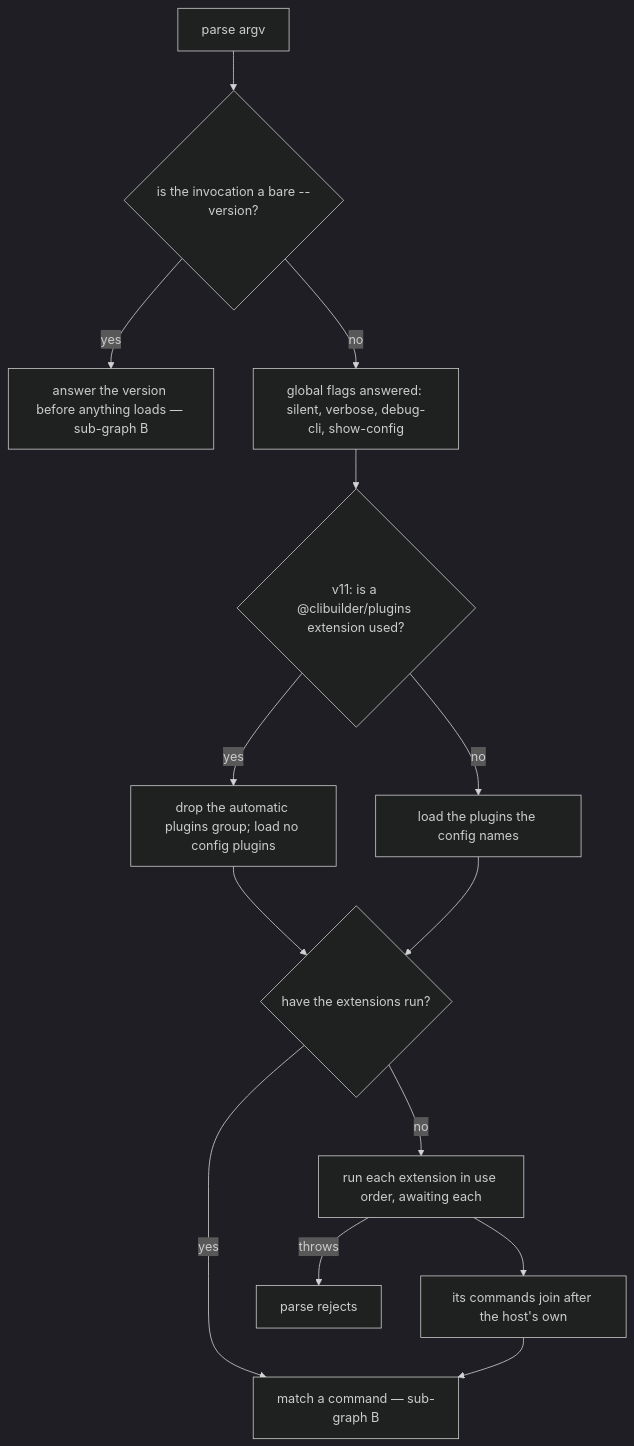
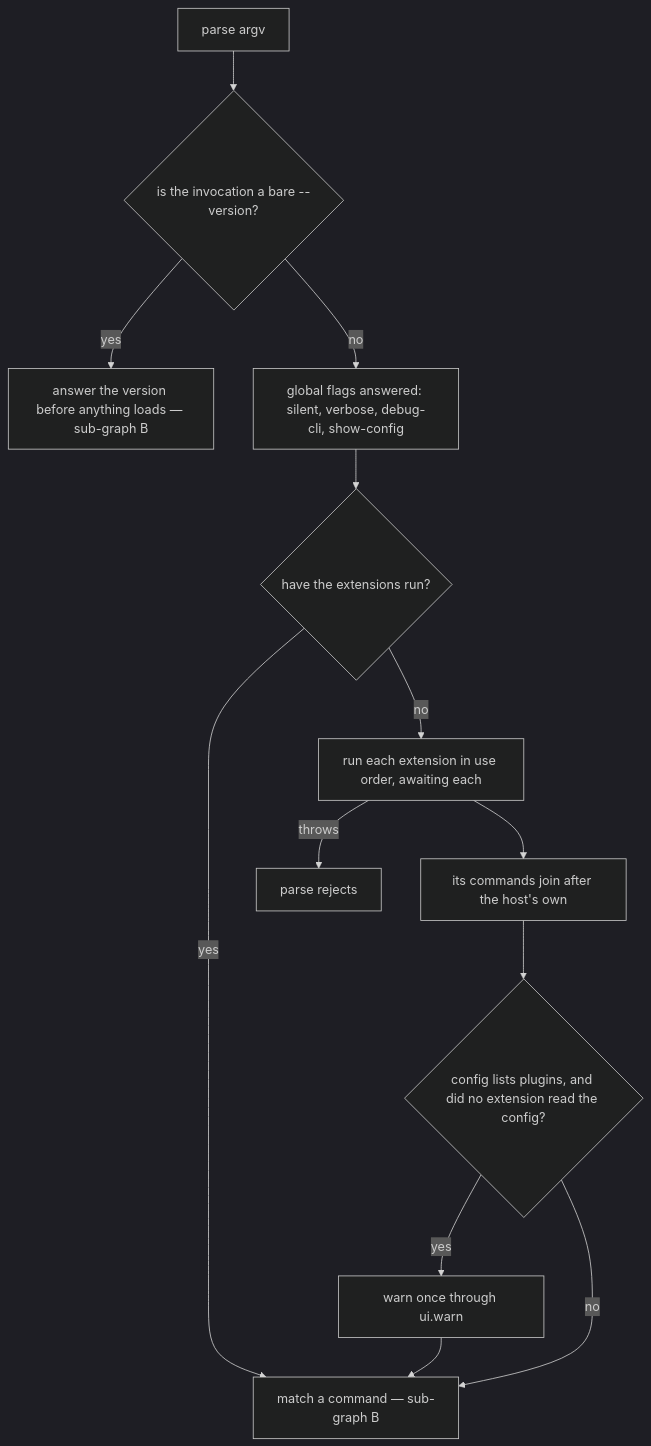
Before and after one commit to clibuilder/clibuilder: the sixth of 6 diagrams in packages/clibuilder/.agents/spec/execution/README.md, drawn with Mermaid (dark theme). The commit also changed other lines of this file and 150 other files, not shown here.

Commit message:
feat(clibuilder)!: move all plugin support out of core into @clibuilder/plugins (#683)

````diff
--- a/packages/clibuilder/.agents/spec/execution/README.md
+++ b/packages/clibuilder/.agents/spec/execution/README.md
@@ -475,15 +457,13 @@
 ```mermaid
 graph TD
   GP[parse argv] --> GBV{is the invocation a bare --version?}
   GBV -- yes --> GVER[answer the version before anything loads — sub-graph B]
   GBV -- no --> GGF[global flags answered: silent, verbose, debug-cli, show-config]
-  GGF --> GV1{"v11: is a @clibuilder/plugins extension used?"}
-  GV1 -- yes --> GSKIP[drop the automatic plugins group; load no config plugins]
-  GV1 -- no --> GCFG[load the plugins the config names]
-  GSKIP --> GRAN
-  GCFG --> GRAN{have the extensions run?}
+  GGF --> GRAN{have the extensions run?}
   GRAN -- yes --> GLOOK
   GRAN -- no --> GEACH[run each extension in use order, awaiting each]
-  GEACH --> GADD[its commands join after the host's own] --> GLOOK[match a command — sub-graph B]
+  GEACH --> GADD[its commands join after the host's own] --> GWARN{"config lists plugins, and did no extension read the config?"}
   GEACH -- throws --> GREJ[parse rejects]
+  GWARN -- yes --> GW[warn once through ui.warn] --> GLOOK[match a command — sub-graph B]
+  GWARN -- no --> GLOOK
 ```
````
